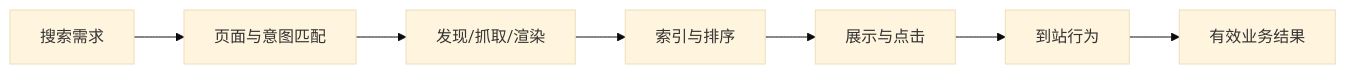
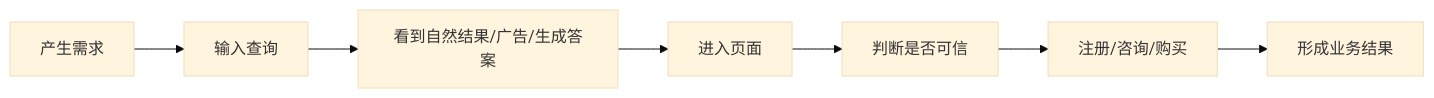
One commit to upJiang/jiang-blog-vitepress changed the diagram in docs/seo/search-growth-model.md. Above: the diagram before and after it, drawn with Mermaid (base theme). The commit also changed other lines of this file and 164 other files, not shown here.

````diff
--- a/docs/seo/search-growth-model.md
+++ b/docs/seo/search-growth-model.md
@@ -30,9 +35,9 @@
 ```mermaid
 flowchart LR
-  D[搜索需求] --> P[页面与意图匹配]
-  P --> C[发现/抓取/渲染]
-  C --> I[索引与排序]
-  I --> X[展示与点击]
-  X --> L[到站行为]
-  L --> B[有效业务结果]
+  A[产生需求] --> B[输入查询]
+  B --> C[看到自然结果/广告/生成答案]
+  C --> D[进入页面]
+  D --> E[判断是否可信]
+  E --> F[注册/咨询/购买]
+  F --> G[形成业务结果]
 ```
````
